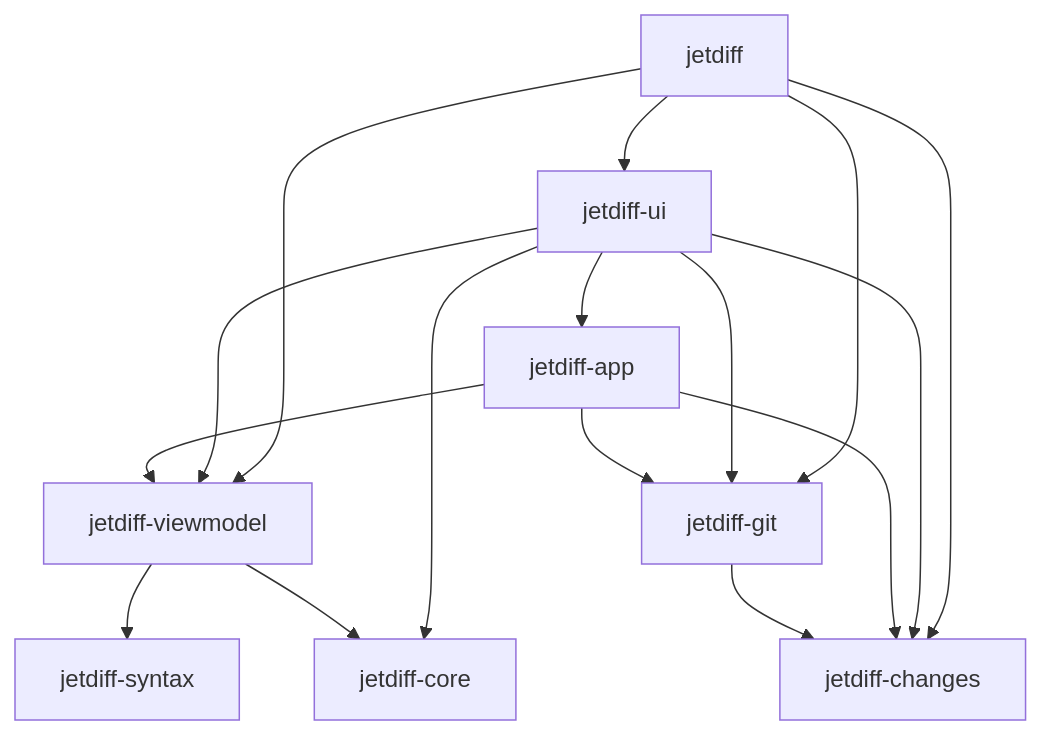
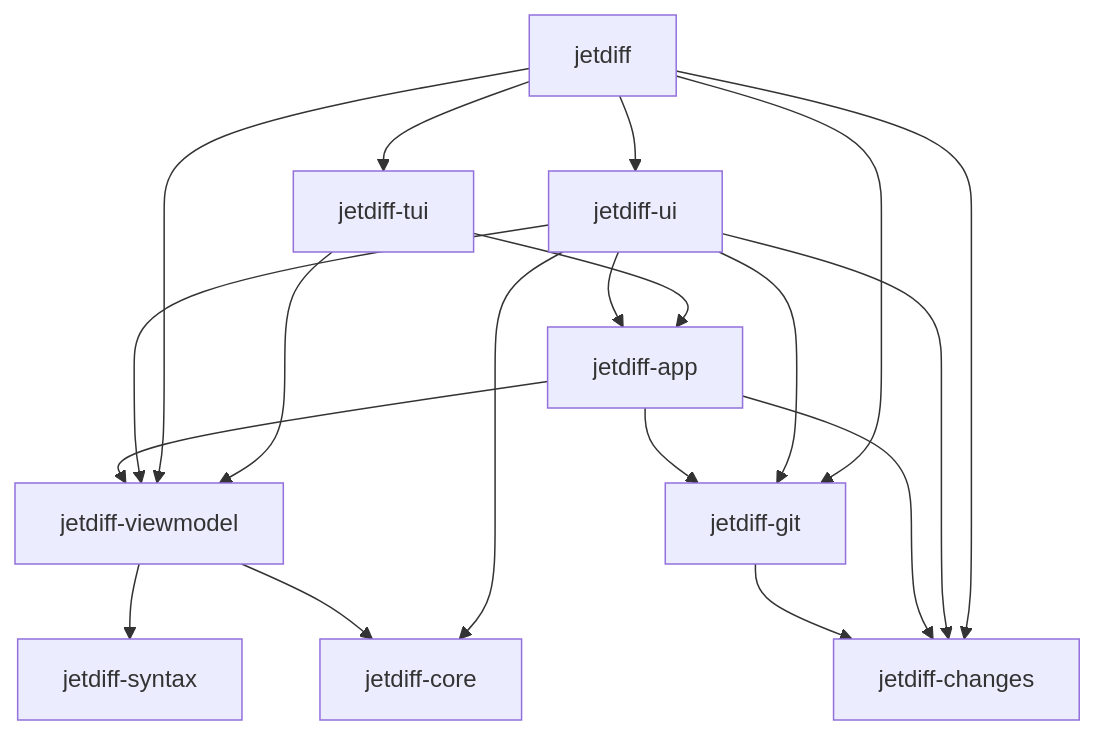
Before and after one commit to akemkers/jetdiff: the diagram in README.md, drawn with Mermaid. The commit also changed other lines of this file and 4 other files, not shown here.

````diff
--- a/README.md
+++ b/README.md
@@ -102,18 +109,21 @@
 ```mermaid
 graph TD
     jetdiff --> ui[jetdiff-ui]
+    jetdiff --> tui[jetdiff-tui]
+    tui --> app
+    tui --> view
     jetdiff --> view[jetdiff-viewmodel]
     jetdiff --> git[jetdiff-git]
     jetdiff --> changes[jetdiff-changes]
     ui --> app[jetdiff-app]
     ui --> view
     ui --> git
     ui --> changes
     ui --> core[jetdiff-core]
     app --> view
     app --> git
     app --> changes
     view --> core
     view --> syntax[jetdiff-syntax]
     git --> changes
 ```
````
